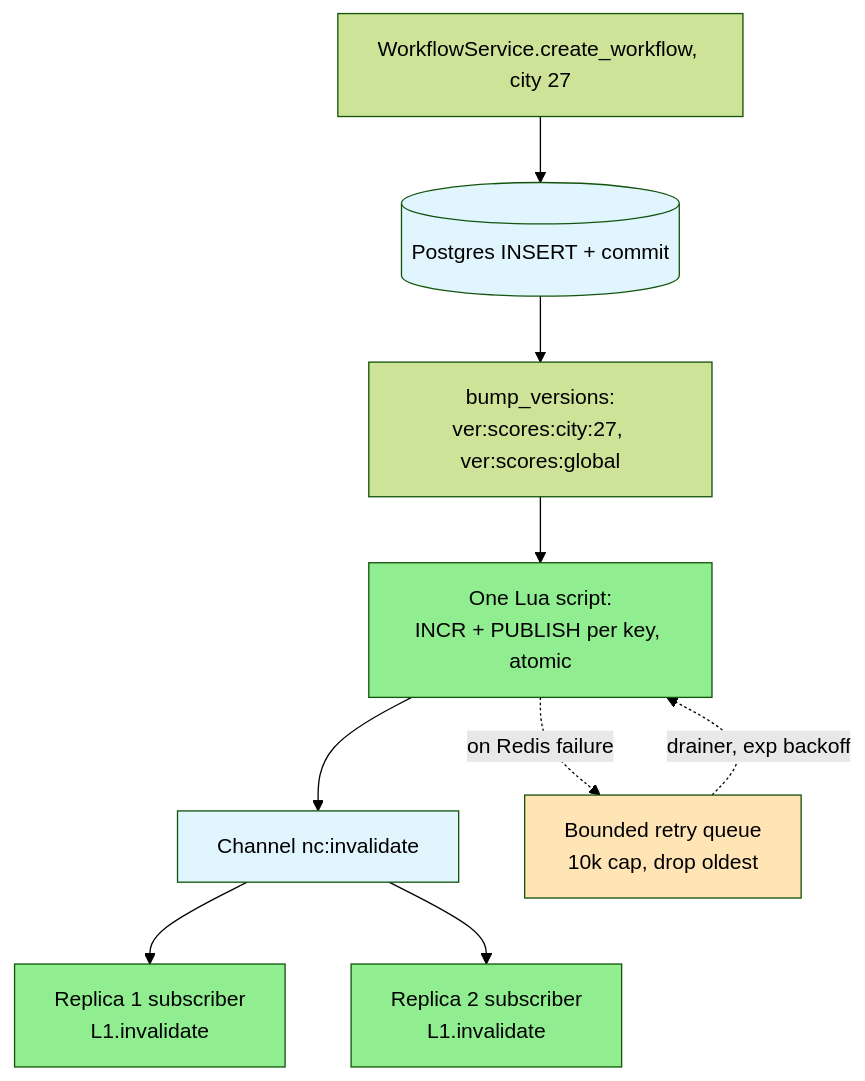
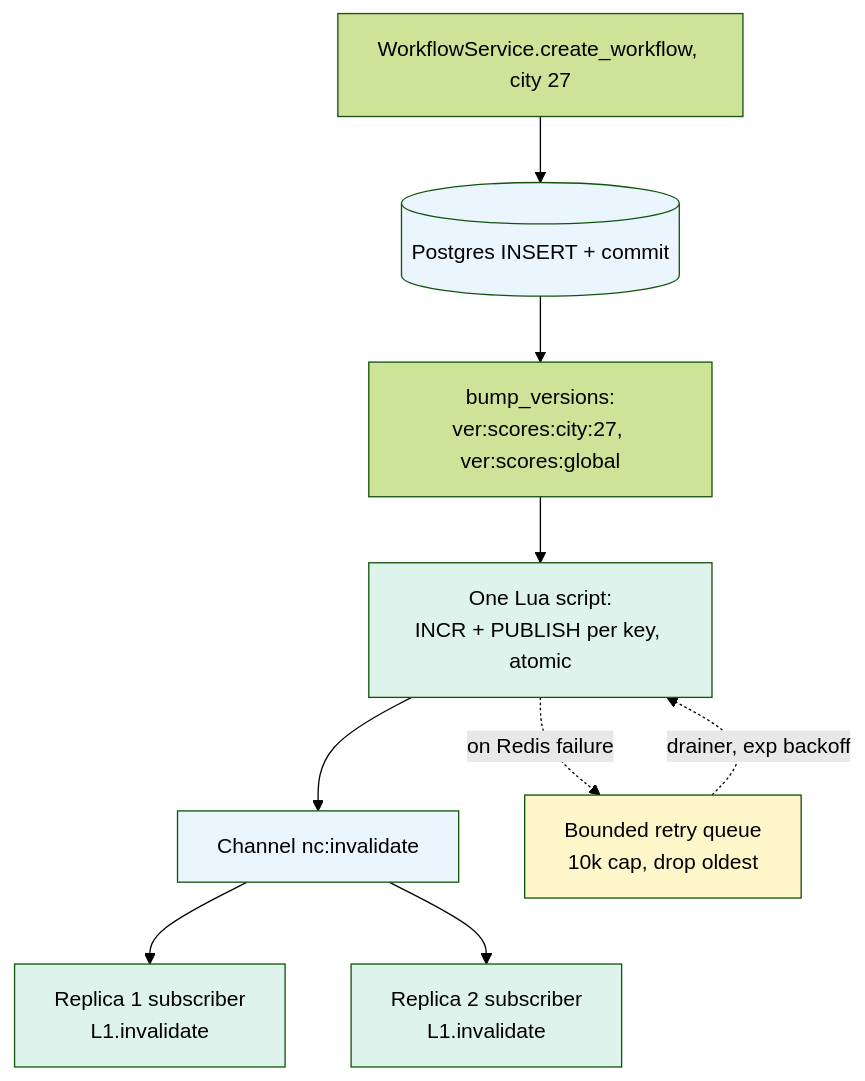
Before and after one commit to cartmancodes/InterviewVault: the fourth of 5 diagrams in LLD/SystemDesign/IntheWild/TwoTierCacheWithVersionedKeys.md, drawn with Mermaid (forest theme). The commit also changed other lines of this file and 679 other files, not shown here.

Commit message:
Unify content diagrams and add accessible visual walkthroughs

````diff
--- a/LLD/SystemDesign/IntheWild/TwoTierCacheWithVersionedKeys.md
+++ b/LLD/SystemDesign/IntheWild/TwoTierCacheWithVersionedKeys.md
@@ -194,18 +194,18 @@
 ```mermaid
 flowchart TB
     W["WorkflowService.create_workflow, city 27"] --> DB[("Postgres INSERT + commit")]
     DB --> BUMP["bump_versions:<br/>ver:scores:city:27, ver:scores:global"]
     BUMP --> LUA["One Lua script:<br/>INCR + PUBLISH per key, atomic"]
     LUA --> CH["Channel nc:invalidate"]
     CH --> S1["Replica 1 subscriber<br/>L1.invalidate"]
     CH --> S2["Replica 2 subscriber<br/>L1.invalidate"]
     LUA -.->|"on Redis failure"| RQ["Bounded retry queue<br/>10k cap, drop oldest"]
     RQ -.->|"drainer, exp backoff"| LUA
 
-    classDef good fill:#90EE90
-    classDef warn fill:#FFE4B5
-    classDef store fill:#e1f5ff
+    classDef good fill:#DDF3EC
+    classDef warn fill:#FFF6C9
+    classDef store fill:#EAF5FD
     class S1,S2,LUA good
     class RQ warn
     class DB,CH store
 ```
````
